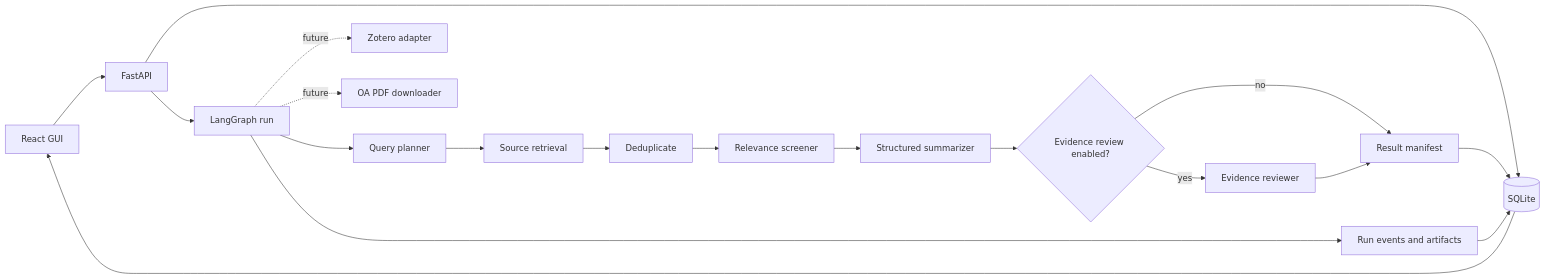
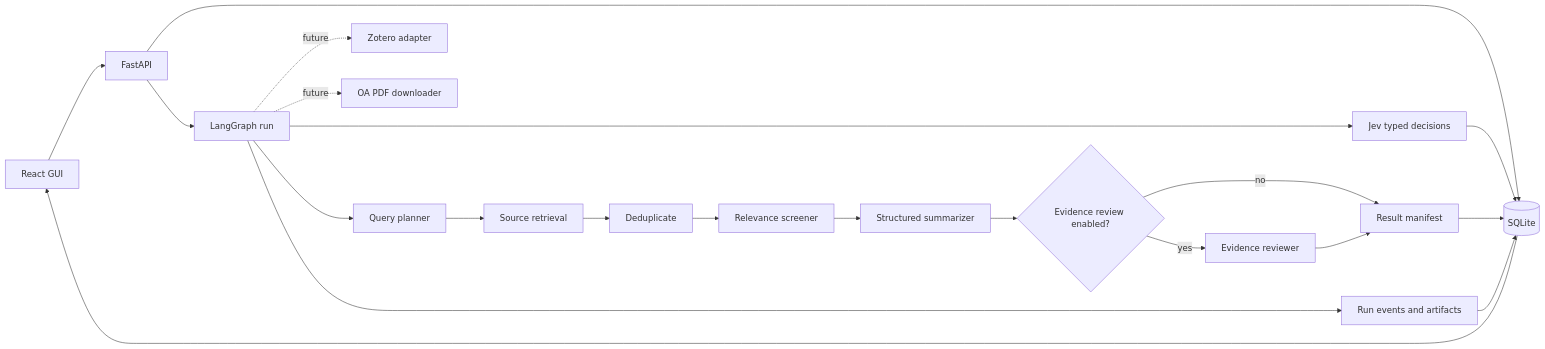
One commit to EdwardAiyw/literature-agent changed the diagram in docs/ARCHITECTURE.md. Above: the diagram before and after it, drawn with Mermaid. The commit also changed other lines of this file and 24 other files, not shown here.

````diff
--- a/docs/ARCHITECTURE.md
+++ b/docs/ARCHITECTURE.md
@@ -3,21 +5,23 @@
 ```mermaid
 flowchart LR
   UI[React GUI] --> API[FastAPI]
   API --> DB[(SQLite)]
   API --> G[LangGraph run]
   G --> P[Query planner]
   P --> R[Source retrieval]
   R --> D[Deduplicate]
   D --> C[Relevance screener]
   C --> S[Structured summarizer]
   S --> E{Evidence review enabled?}
   E -->|yes| V[Evidence reviewer]
   E -->|no| M[Result manifest]
   V --> M
   G --> A[Run events and artifacts]
+  G --> J[Jev typed decisions]
+  J --> DB
   M --> DB
   A --> DB
   DB --> UI
   G -. future .-> Z[Zotero adapter]
   G -. future .-> F[OA PDF downloader]
 ```
````
